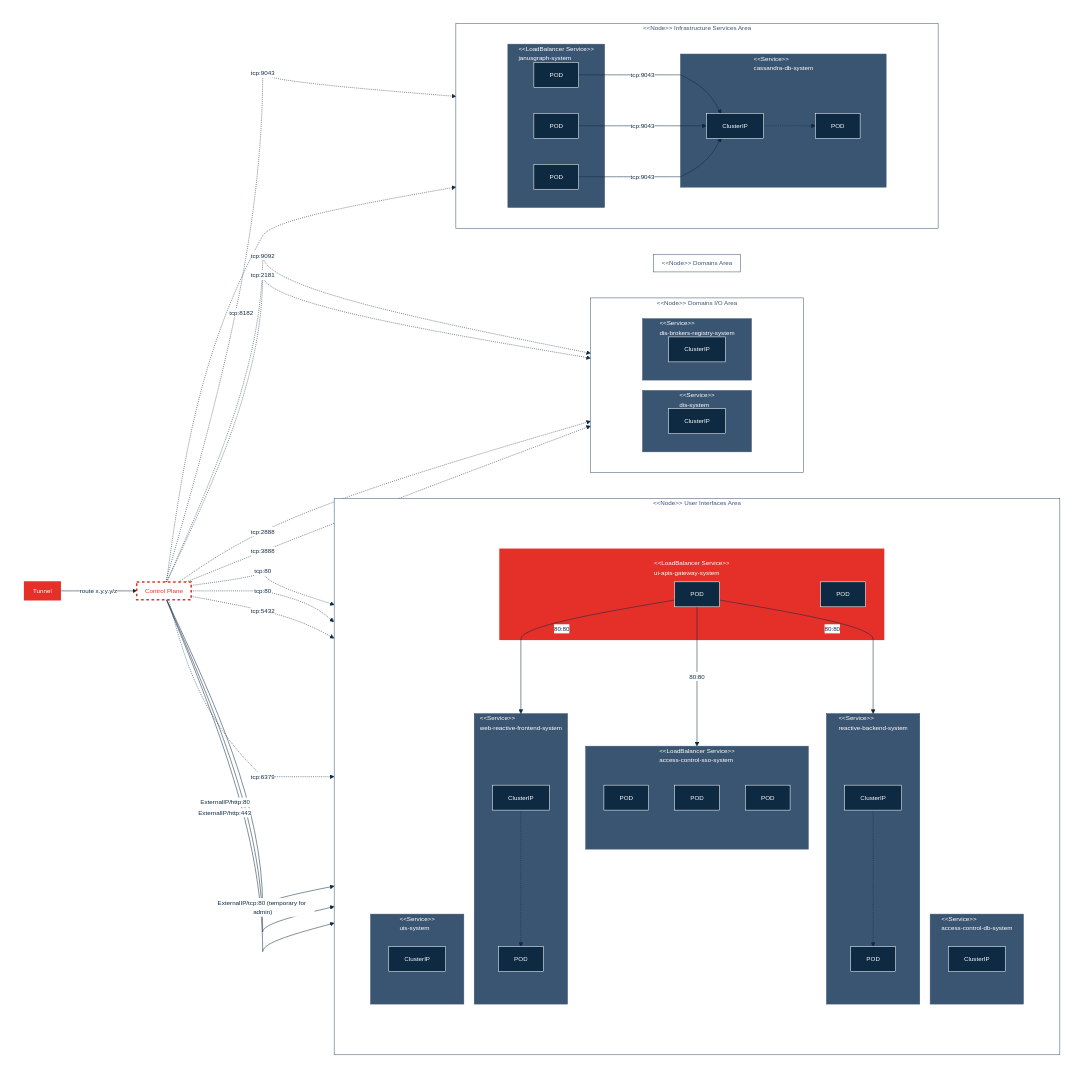
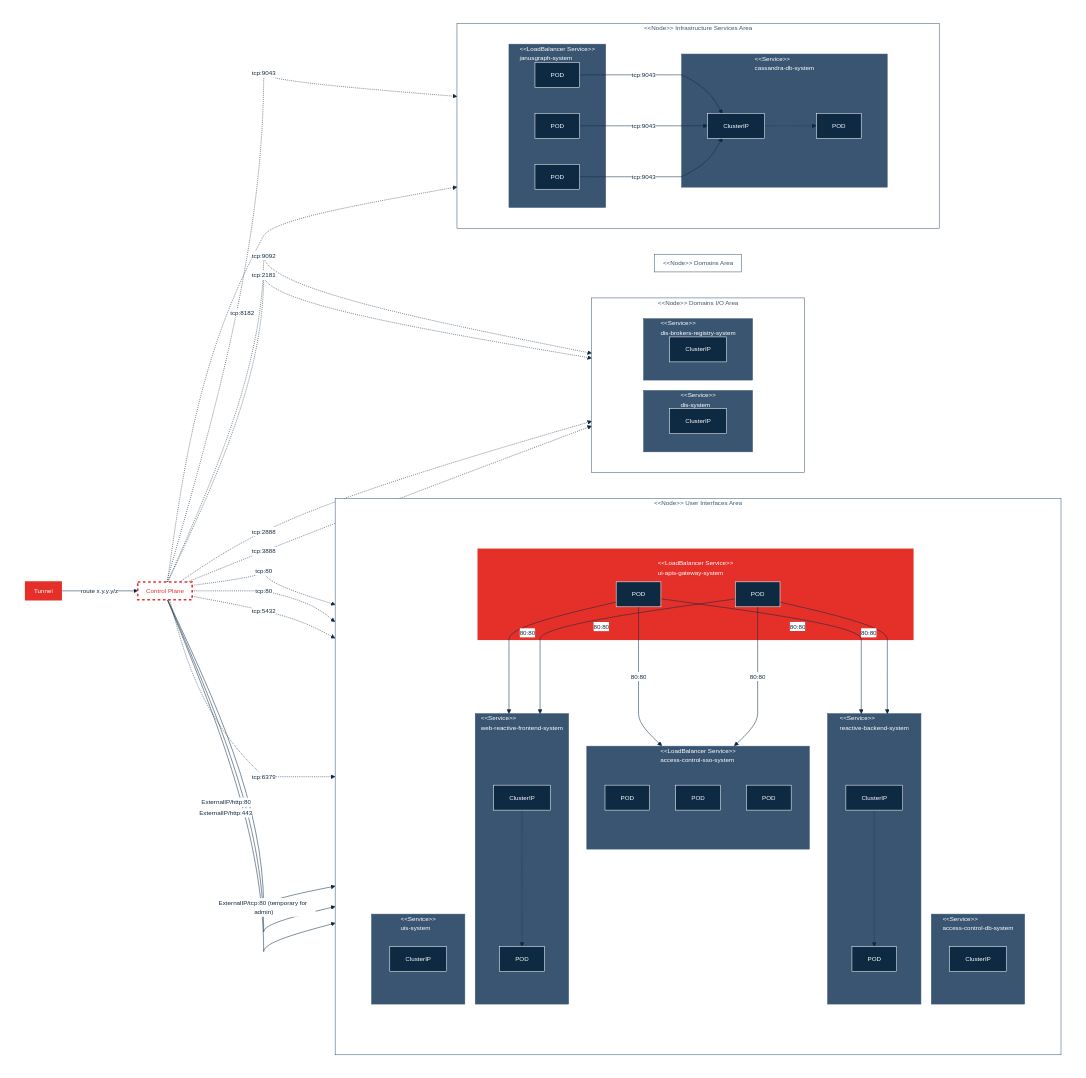
The second of 2 diagrams in cybnity-platform/README.md (cybnity/iac-helm-charts), drawn with Mermaid before and after one commit.

```diff
--- a/cybnity-platform/README.md
+++ b/cybnity-platform/README.md
@@ -305,11 +305,11 @@
   end
   tunnel -- "route x.y.y.y/z" --> controlplane
   controlplane -. "tcp:80" .-> clusterip1 -.-> pod1
-  podproxy1 -- "80:80" --> service1
   controlplane -. "tcp:80" .-> clusterip4 -.-> pod2
-  podproxy1 -- "80:80" --> service2
+  podproxy1 & podproxy2 -- "80:80" --> service1
+  podproxy1 & podproxy2 -- "80:80" --> service2
   controlplane -- "ExternalIP/tcp:80 (temporary for admin)" --> service3
-  podproxy1 -- "80:80" --> service3
+  podproxy1 & podproxy2 -- "80:80" --> service3
   controlplane -. "tcp:5432" .-> clusterip2
   controlplane -. "tcp:6379" .-> clusterip3
   controlplane -- "ExternalIP/http:80" --> service8
```
